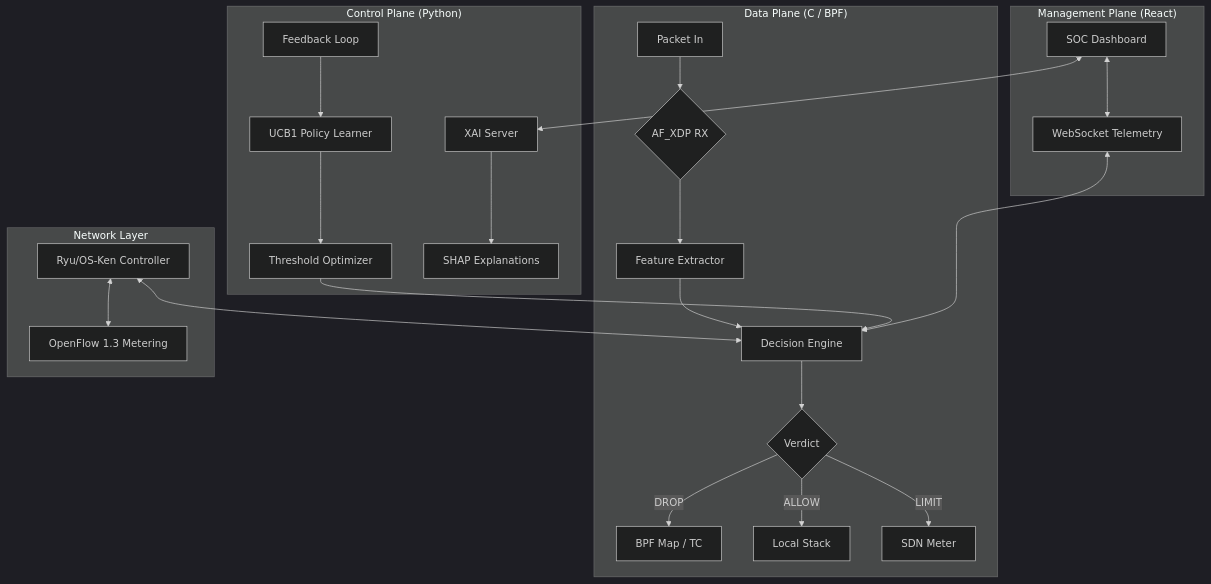
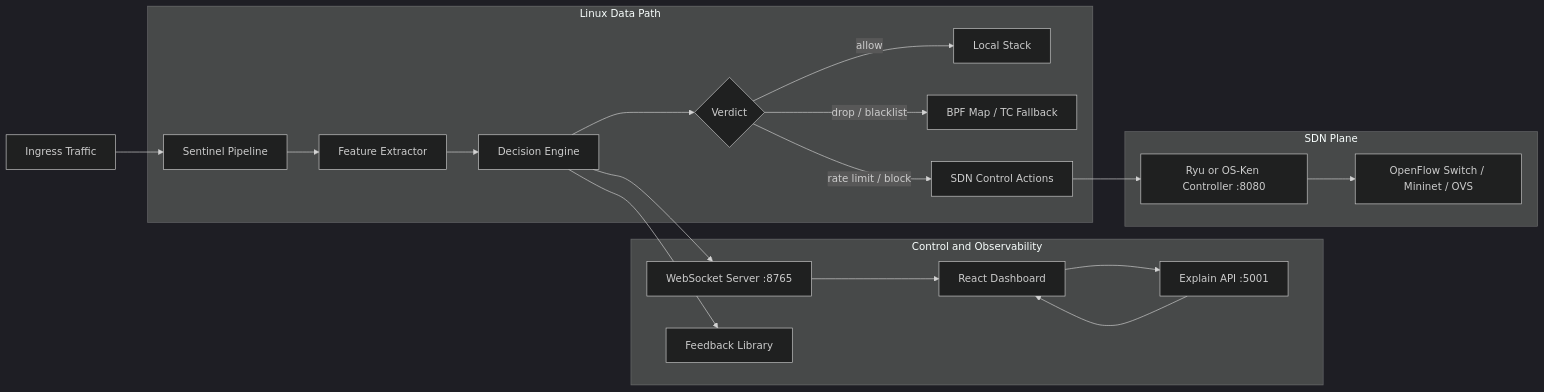
Before and after one commit to navneetxdd/Sentinel-DDoS-Mitigation-System: the diagram in README.md, drawn with Mermaid (dark theme). The commit also changed other lines of this file and 14 other files, not shown here.

````diff
--- a/README.md
+++ b/README.md
@@ -13,30 +43,26 @@
 ```mermaid
-graph TD
-    subgraph "Data Plane (C / BPF)"
-        A[Packet In] --> B{AF_XDP RX}
+flowchart LR
+    A[Ingress Traffic] --> B[Sentinel Pipeline]
+
+    subgraph Linux Data Path
         B --> C[Feature Extractor]
         C --> D[Decision Engine]
         D --> E{Verdict}
-        E -- DROP --> F[BPF Map / TC]
-        E -- ALLOW --> G[Local Stack]
-        E -- LIMIT --> H[SDN Meter]
+        E -->|allow| F[Local Stack]
+        E -->|drop / blacklist| G[BPF Map / TC Fallback]
+        E -->|rate limit / block| H[SDN Control Actions]
     end
 
-    subgraph "Control Plane (Python)"
-        I[Feedback Loop] --> J[UCB1 Policy Learner]
-        J --> K[Threshold Optimizer]
-        K --> D
-        L[XAI Server] --> M[SHAP Explanations]
+    subgraph Control and Observability
+        D --> I[WebSocket Server :8765]
+        I --> J[React Dashboard]
+        D --> K[Feedback Library]
+        L[Explain API :5001] --> J
+        J --> L
     end
 
-    subgraph "Management Plane (React)"
-        N[SOC Dashboard] <--> O[WebSocket Telemetry]
-        O <--> D
-        N <--> L
-    end
-
-    subgraph "Network Layer"
-        P[Ryu/OS-Ken Controller] <--> Q[OpenFlow 1.3 Metering]
-        P <--> D
+    subgraph SDN Plane
+        H --> M[Ryu or OS-Ken Controller :8080]
+        M --> N[OpenFlow Switch / Mininet / OVS]
     end
 ```
````
